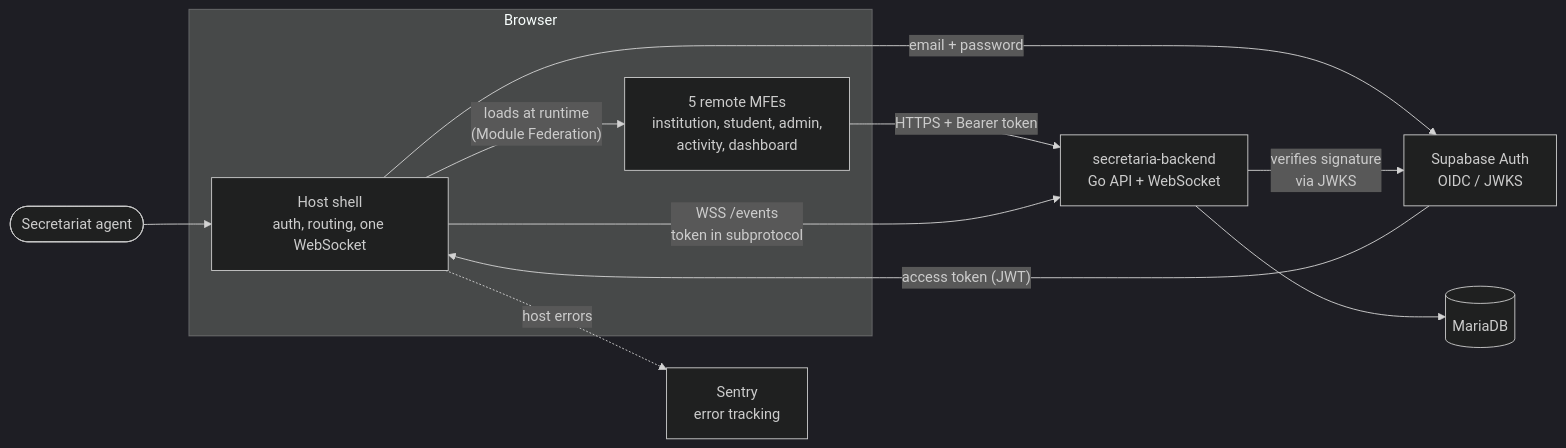
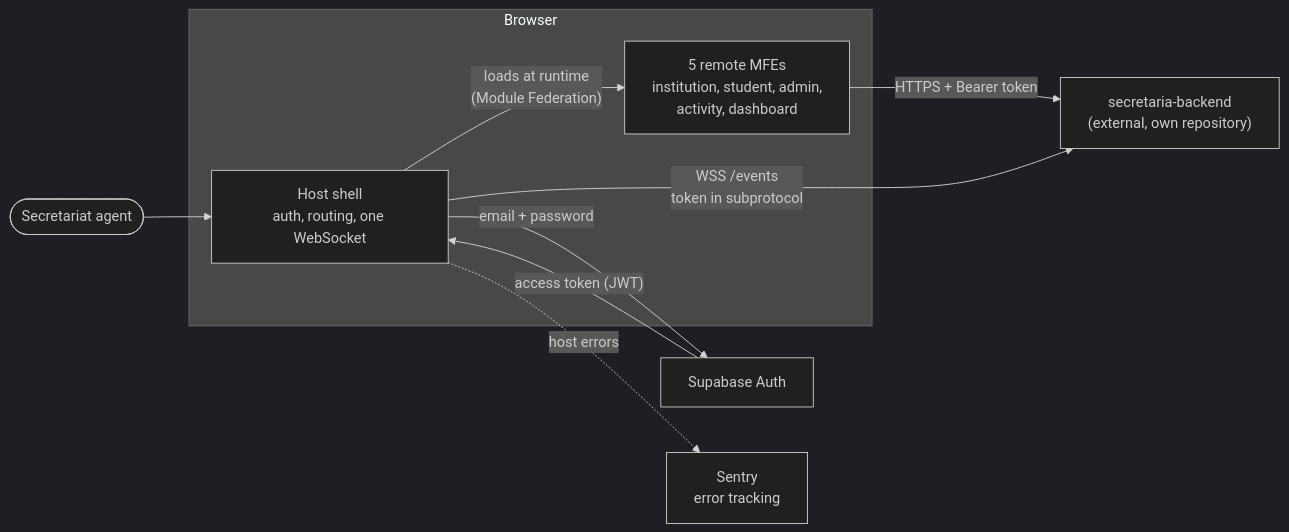
Before and after one commit to fidelis27/mfe-communication: the first of 5 diagrams in docs/architecture.md, drawn with Mermaid (dark theme). The commit also changed other lines of this file, not shown here.

First line of the commit message:
docs: scope architecture.md to the frontend and fix flow details (#94)

````diff
--- a/docs/architecture.md
+++ b/docs/architecture.md
@@ -13,24 +11,21 @@
 ```mermaid
 flowchart LR
     user(["Secretariat agent"])
 
     subgraph browser["Browser"]
         host["Host shell<br/>auth, routing, one WebSocket"]
         remotes["5 remote MFEs<br/>institution, student, admin,<br/>activity, dashboard"]
         host -- "loads at runtime<br/>(Module Federation)" --> remotes
     end
 
-    api["secretaria-backend<br/>Go API + WebSocket"]
-    db[("MariaDB")]
-    auth["Supabase Auth<br/>OIDC / JWKS"]
+    api["secretaria-backend<br/>(external, own repository)"]
+    auth["Supabase Auth"]
     sentry["Sentry<br/>error tracking"]
 
     user --> host
     host -- "email + password" --> auth
     auth -- "access token (JWT)" --> host
     remotes -- "HTTPS + Bearer token" --> api
     host -- "WSS /events<br/>token in subprotocol" --> api
-    api -- "verifies signature<br/>via JWKS" --> auth
-    api --> db
     host -. "host errors" .-> sentry
 ```
````
